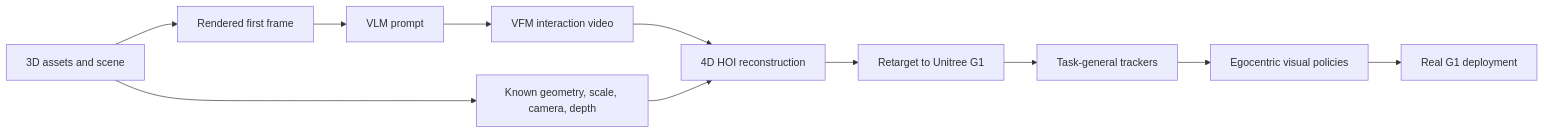
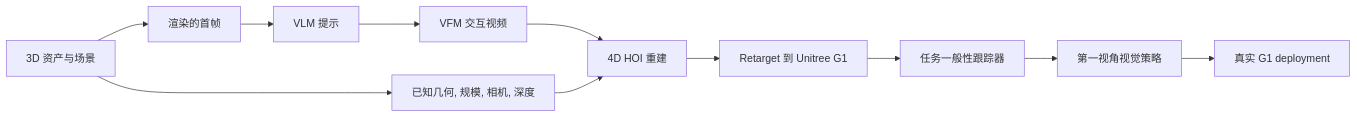
One commit to niuverse/llm-wiki changed the diagram in wiki/entities/GRAIL.md. Above: the diagram before and after it, drawn with Mermaid. The commit also changed other lines of this file and 123 other files, not shown here.

````diff
--- a/wiki/entities/GRAIL.md
+++ b/wiki/entities/GRAIL.md
@@ -15,13 +15,13 @@
 ```mermaid
 flowchart LR
-  A["3D assets and scene"] --> B["Rendered first frame"]
-  B --> C["VLM prompt"]
-  C --> D["VFM interaction video"]
-  A --> E["Known geometry, scale, camera, depth"]
-  D --> F["4D HOI reconstruction"]
+  A["3D 资产与场景"] --> B["渲染的首帧"]
+  B --> C["VLM 提示"]
+  C --> D["VFM 交互视频"]
+  A --> E["已知几何, 规模, 相机, 深度"]
+  D --> F["4D HOI 重建"]
   E --> F
-  F --> G["Retarget to Unitree G1"]
-  G --> H["Task-general trackers"]
-  H --> I["Egocentric visual policies"]
-  I --> J["Real G1 deployment"]
+  F --> G["Retarget 到 Unitree G1"]
+  G --> H["任务一般性跟踪器"]
+  H --> I["第一视角视觉策略"]
+  I --> J["真实 G1 deployment"]
 ```
````
